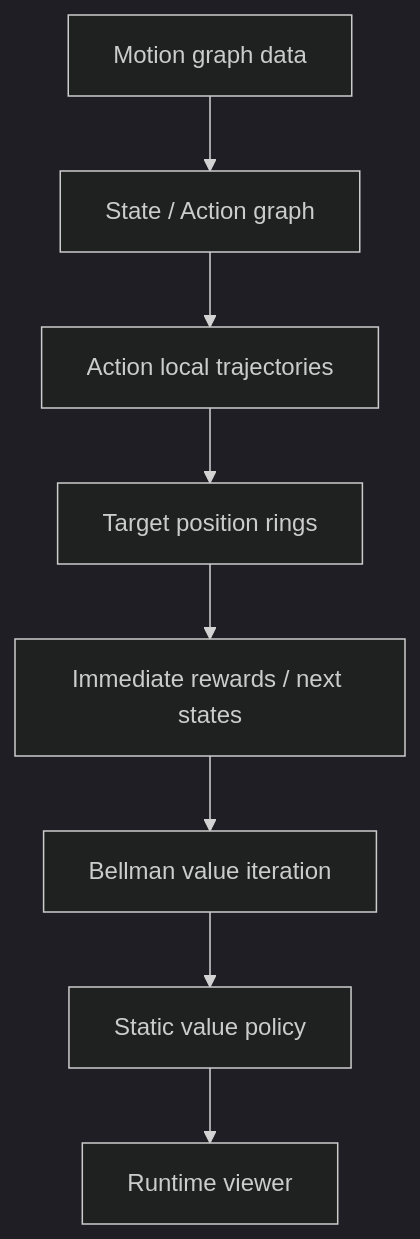
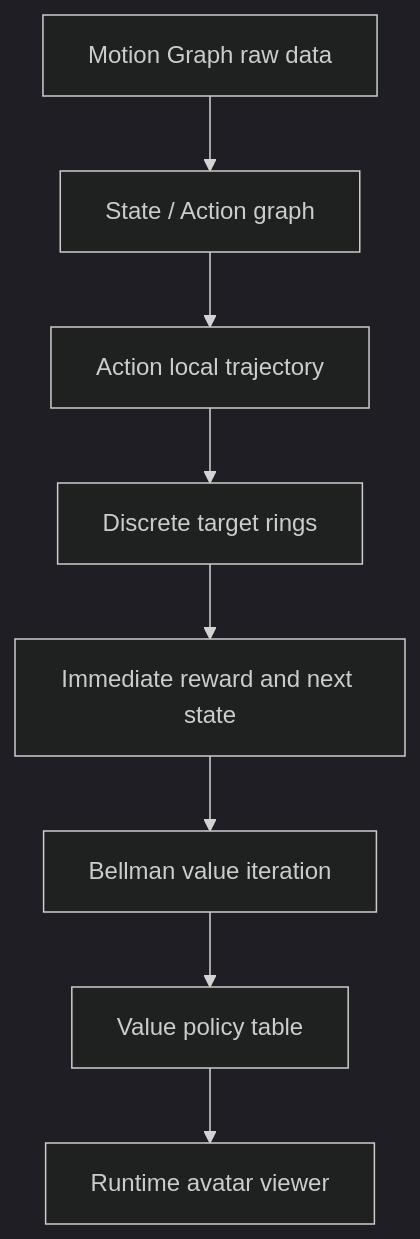
Before and after one commit to EvihGraphics/AnimationTech-HTC: the first of 6 diagrams in docs/blog/AnimationPapers/precomputing_avatar_behavior/README.md, drawn with Mermaid (dark theme). The commit also changed other lines of this file and 27 other files, not shown here.

````diff
--- a/docs/blog/AnimationPapers/precomputing_avatar_behavior/README.md
+++ b/docs/blog/AnimationPapers/precomputing_avatar_behavior/README.md
@@ -27,10 +29,10 @@
 ```mermaid
 flowchart TD
-    A[Motion graph data] --> B[State / Action graph]
-    B --> C[Action local trajectories]
-    C --> D[Target position rings]
-    D --> E[Immediate rewards / next states]
+    A[Motion Graph raw data] --> B[State / Action graph]
+    B --> C[Action local trajectory]
+    C --> D[Discrete target rings]
+    D --> E[Immediate reward and next state]
     E --> F[Bellman value iteration]
-    F --> G[Static value policy]
-    G --> H[Runtime viewer]
+    F --> G[Value policy table]
+    G --> H[Runtime avatar viewer]
 ```
````
